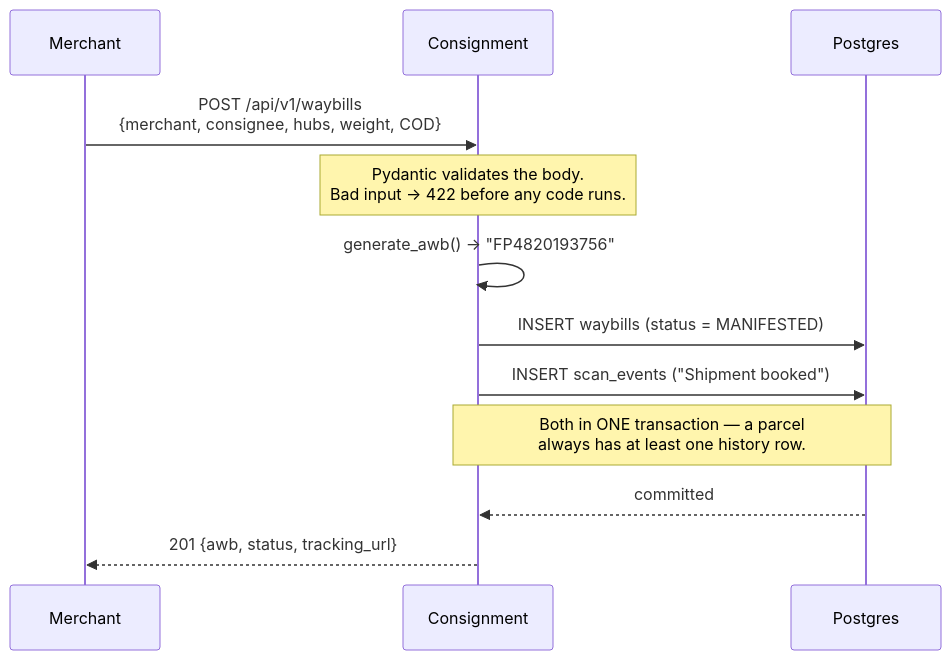
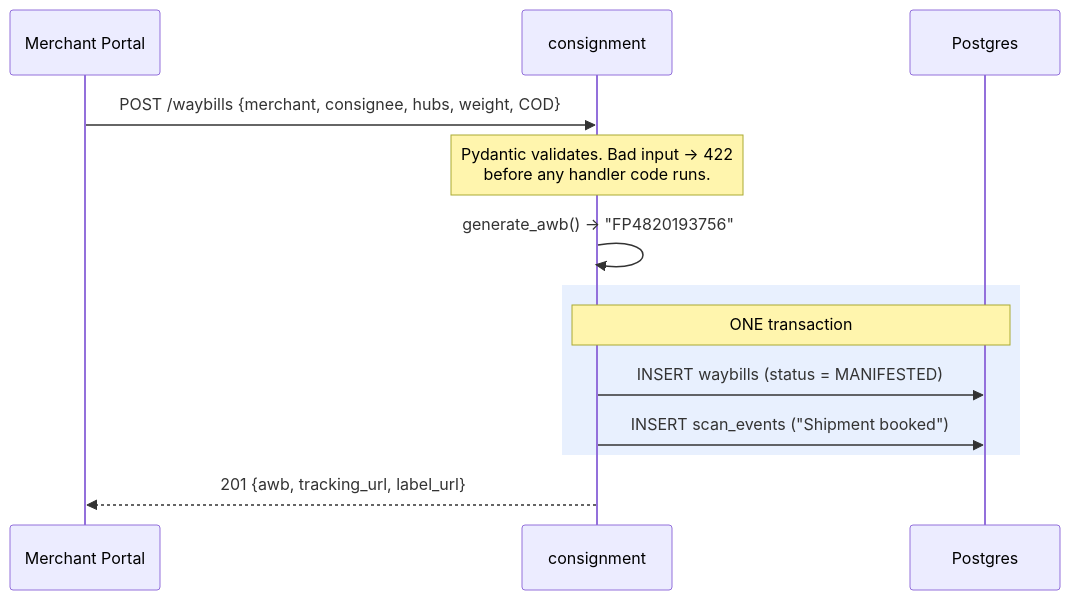
One commit to shashu775/fleetpulse changed the fourth of 10 diagrams in docs/FleetPulse-Architecture.md. Above: the diagram before and after it, drawn with Mermaid. The commit also changed other lines of this file and 40 other files, not shown here.

````diff
--- a/docs/FleetPulse-Architecture.md
+++ b/docs/FleetPulse-Architecture.md
@@ -142,15 +220,16 @@
 ```mermaid
 sequenceDiagram
-    participant M as Merchant
-    participant C as Consignment
+    participant M as Merchant Portal
+    participant C as consignment
     participant P as Postgres
 
-    M->>C: POST /api/v1/waybills<br/>{merchant, consignee, hubs, weight, COD}
-    Note over C: Pydantic validates the body.<br/>Bad input → 422 before any code runs.
+    M->>C: POST /waybills {merchant, consignee, hubs, weight, COD}
+    Note over C: Pydantic validates. Bad input → 422<br/>before any handler code runs.
     C->>C: generate_awb() → "FP4820193756"
-    C->>P: INSERT waybills (status = MANIFESTED)
-    C->>P: INSERT scan_events ("Shipment booked")
-    Note over C,P: Both in ONE transaction — a parcel<br/>always has at least one history row.
-    P-->>C: committed
-    C-->>M: 201 {awb, status, tracking_url}
+    rect rgb(232, 240, 254)
+        Note over C,P: ONE transaction
+        C->>P: INSERT waybills (status = MANIFESTED)
+        C->>P: INSERT scan_events ("Shipment booked")
+    end
+    C-->>M: 201 {awb, tracking_url, label_url}
 ```
````
